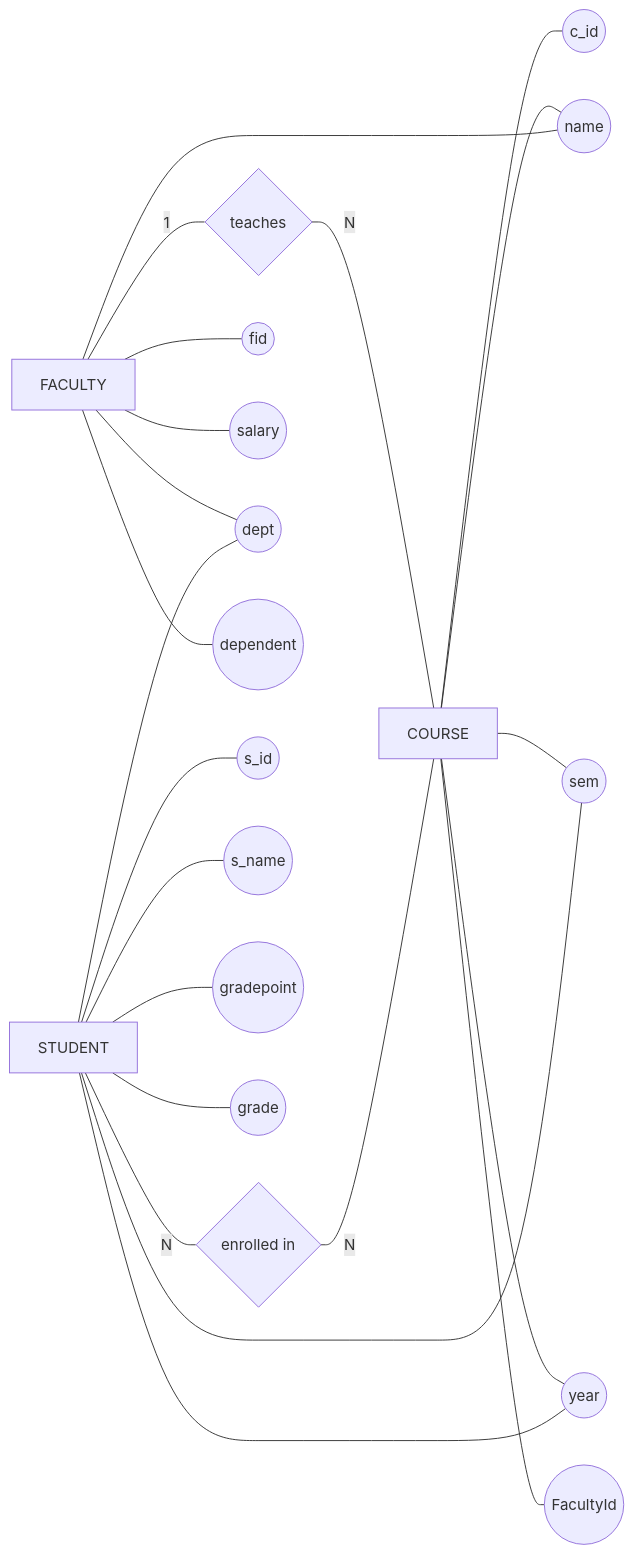
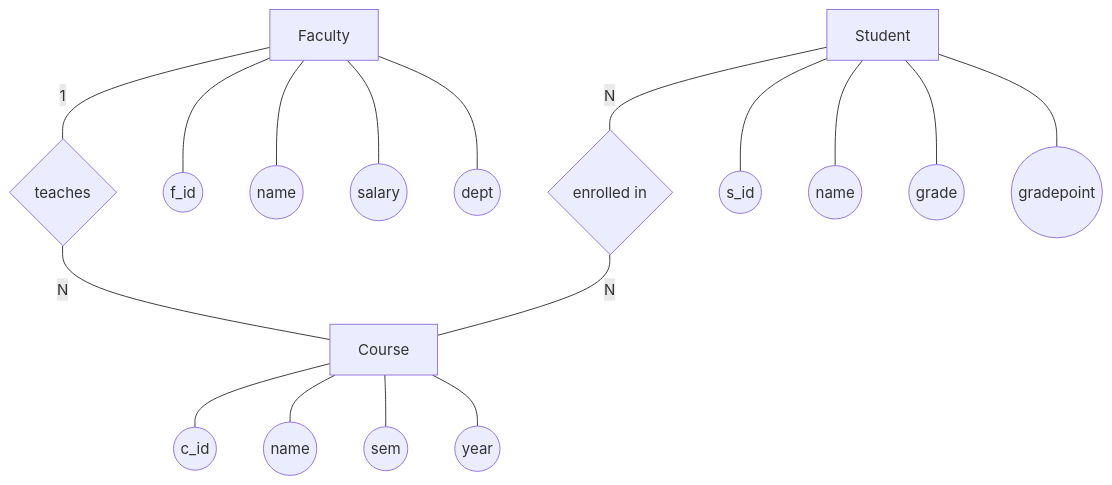
One commit to Utkarsh-Singh-u/firstOne changed the fifth of 6 diagrams in README.md. Above: the diagram before and after it, drawn with Mermaid. The commit also changed other lines of this file, not shown here.

Commit message:
Revise ER Diagram for Course System
Updated ER diagram layout and attributes for clarity.

````diff
--- a/README.md
+++ b/README.md
@@ -137,39 +137,37 @@
 ```mermaid
-flowchart LR
+flowchart TB
 
-    COURSE[COURSE]
-    FACULTY[FACULTY]
-    STUDENT[STUDENT]
+    %% Entities
+    FACULTY[Faculty]
+    COURSE[Course]
+    STUDENT[Student]
 
+    %% Relationships
     TEACHES{teaches}
     ENROLLS{enrolled in}
 
+    %% Connections (no crossing)
     FACULTY ---|1| TEACHES
     TEACHES ---|N| COURSE
 
     STUDENT ---|N| ENROLLS
     ENROLLS ---|N| COURSE
 
-    %% COURSE attributes
+    %% Faculty attributes
+    FACULTY --- f_id((f_id))
+    FACULTY --- f_name((name))
+    FACULTY --- salary((salary))
+    FACULTY --- dept((dept))
+
+    %% Course attributes
     COURSE --- c_id((c_id))
-    COURSE --- name((name))
+    COURSE --- c_name((name))
     COURSE --- sem((sem))
     COURSE --- year((year))
-    COURSE --- FacultyId((FacultyId))
 
-    %% FACULTY attributes
-    FACULTY --- fid((fid))
-    FACULTY --- name((name))
-    FACULTY --- salary((salary))
-    FACULTY --- dept((dept))
-    FACULTY --- dependent((dependent))
-
-    %% STUDENT attributes
-    STUDENT --- sid((s_id))
-    STUDENT --- sname((s_name))
-    STUDENT --- dept((dept))
-    STUDENT --- sem((sem))
-    STUDENT --- year((year))
+    %% Student attributes
+    STUDENT --- s_id((s_id))
+    STUDENT --- s_name((name))
+    STUDENT --- grade((grade))
     STUDENT --- gradepoint((gradepoint))
-    STUDENT --- grade((grade))
 ```
````
